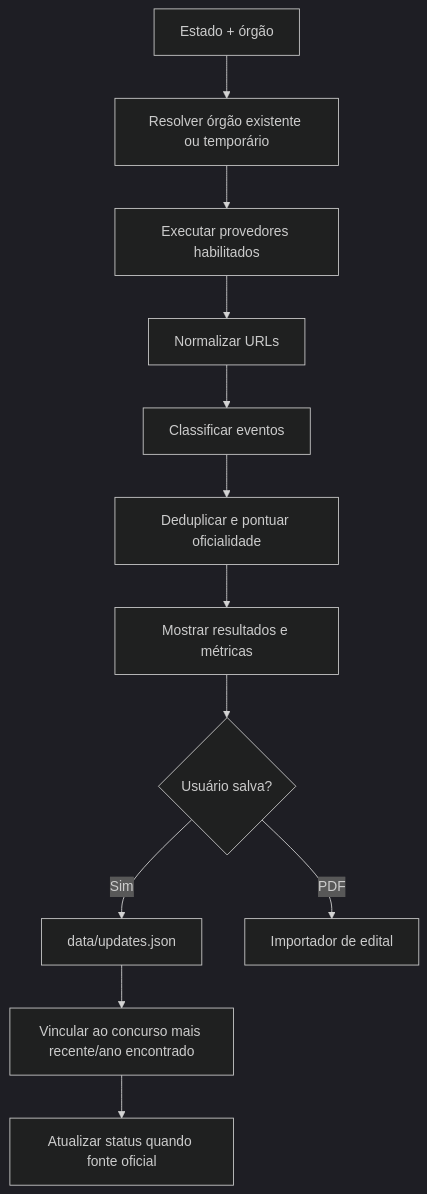
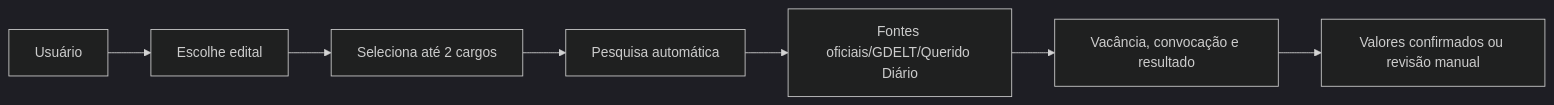
Before and after one commit to osmarrcs/radar-concursos-ti: the second of 3 diagrams in documentation/architecture.md, drawn with Mermaid (dark theme). The commit also changed other lines of this file and 14 other files, not shown here.

````diff
--- a/documentation/architecture.md
+++ b/documentation/architecture.md
@@ -25,14 +26,9 @@
 ```mermaid
-flowchart TD
-    A[Estado + órgão] --> B[Resolver órgão existente ou temporário]
-    B --> C[Executar provedores habilitados]
-    C --> D[Normalizar URLs]
-    D --> E[Classificar eventos]
-    E --> F[Deduplicar e pontuar oficialidade]
-    F --> G[Mostrar resultados e métricas]
-    G --> H{Usuário salva?}
-    H -- Sim --> I[data/updates.json]
-    I --> J[Vincular ao concurso mais recente/ano encontrado]
-    J --> K[Atualizar status quando fonte oficial]
-    H -- PDF --> L[Importador de edital]
+flowchart LR
+  U[Usuário] --> E[Escolhe edital]
+  E --> P[Seleciona até 2 cargos]
+  P --> R[Pesquisa automática]
+  R --> F[Fontes oficiais/GDELT/Querido Diário]
+  F --> M[Vacância, convocação e resultado]
+  M --> V[Valores confirmados ou revisão manual]
 ```
````
